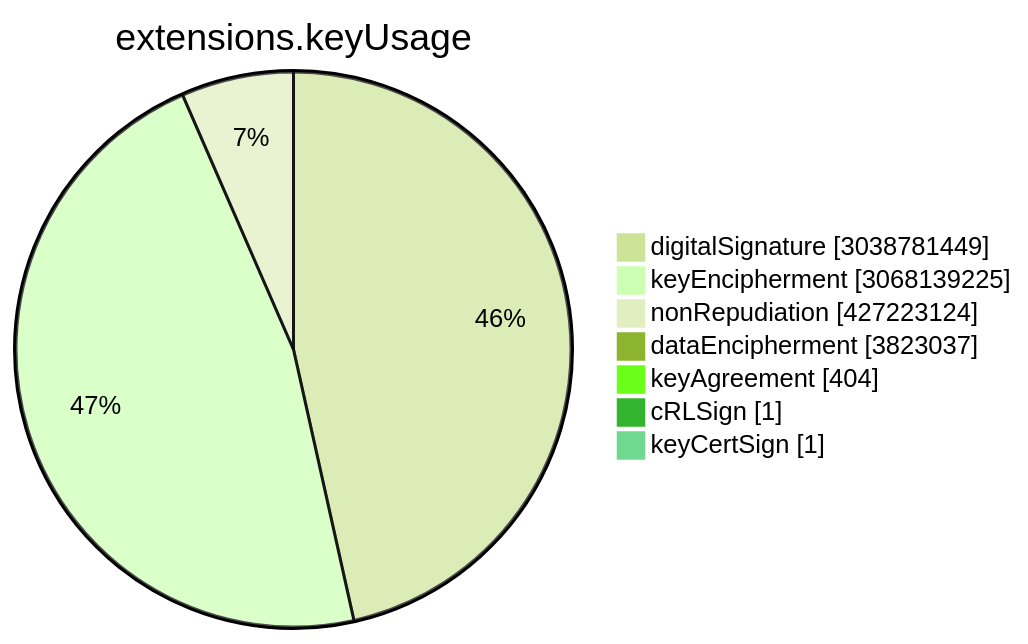
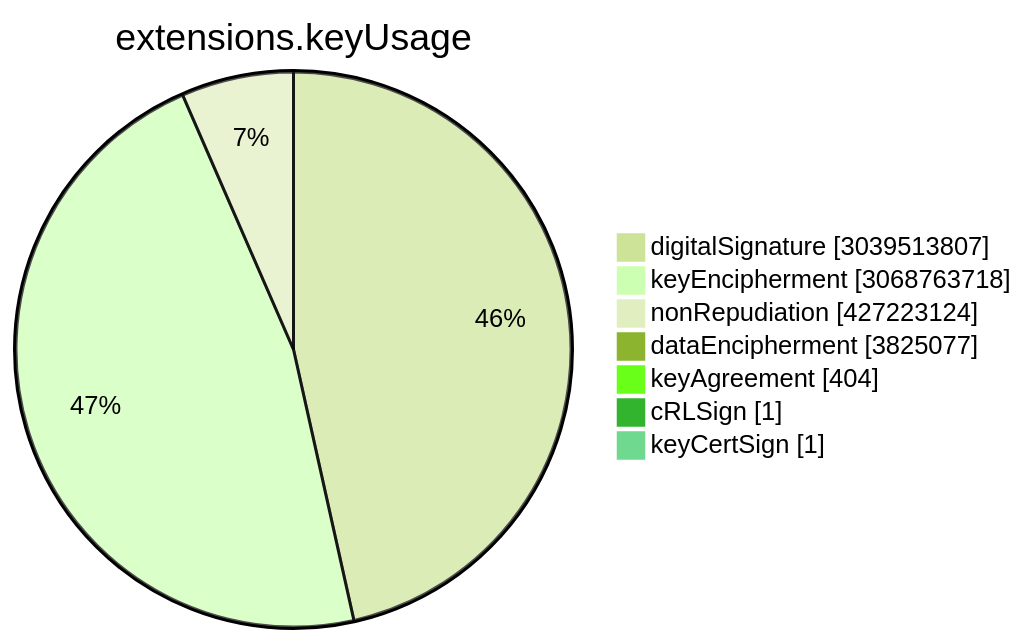
One commit to christiankrug/ctmonitor_visualization changed the sixth of 15 diagrams in TOTAL/README.md. Above: the diagram before and after it, drawn with Mermaid (forest theme). The commit also changed other lines of this file, not shown here.

````diff
--- a/TOTAL/README.md
+++ b/TOTAL/README.md
@@ -3077,11 +3077,11 @@
 ```mermaid
 pie showData
 title extensions.keyUsage
-"digitalSignature" :3038781449
-"keyEncipherment" :3068139225
+"digitalSignature" :3039513807
+"keyEncipherment" :3068763718
 "nonRepudiation" :427223124
-"dataEncipherment" :3823037
+"dataEncipherment" :3825077
 "keyAgreement" :404
 "cRLSign" :1
 "keyCertSign" :1
 ```
````
